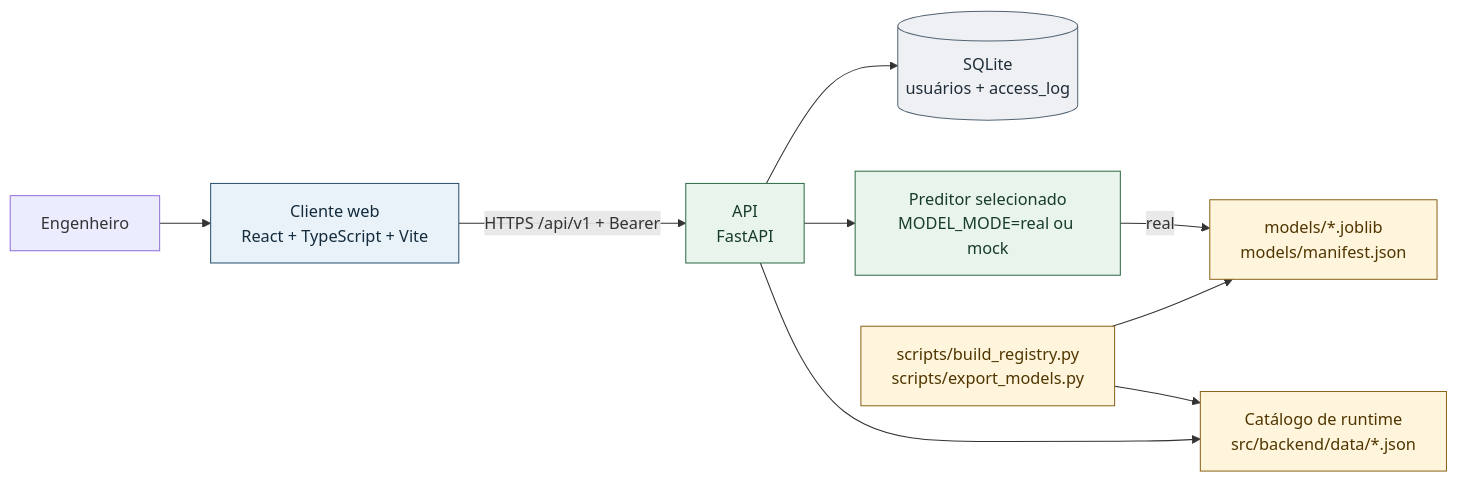
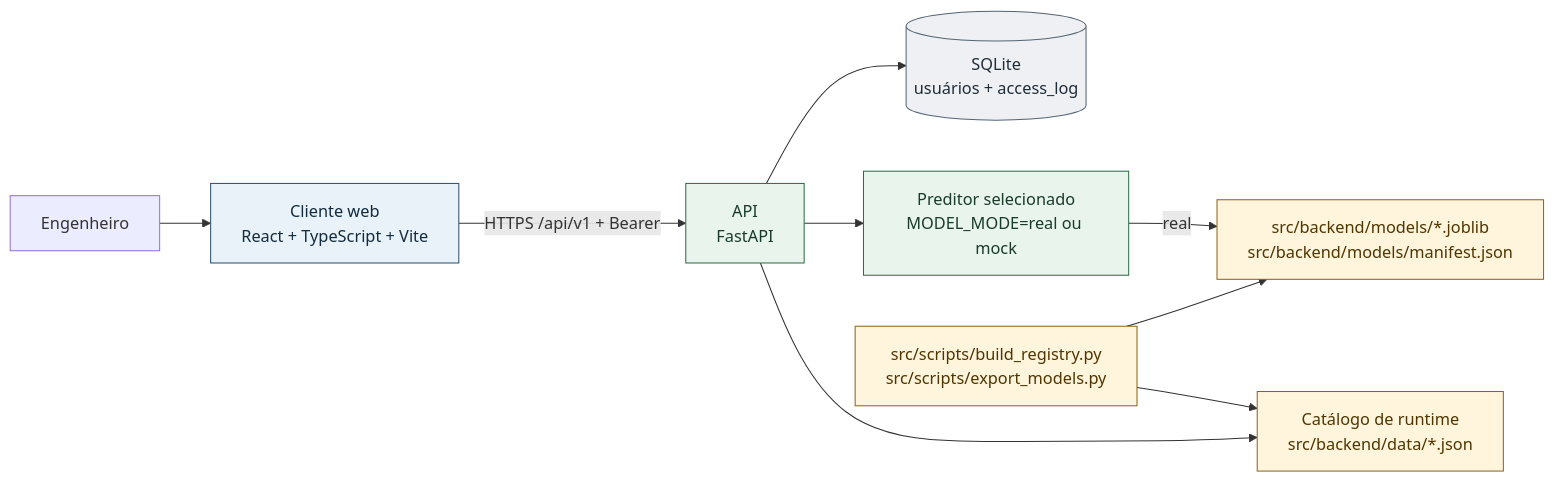
Before and after one commit to nicolas-carrascossa/whirlpool-thermal-predictor: the first of 5 diagrams in documents/nova_arquitetura.md, drawn with Mermaid. The commit also changed other lines of this file and 40 other files, not shown here.

````diff
--- a/documents/nova_arquitetura.md
+++ b/documents/nova_arquitetura.md
@@ -20,20 +20,20 @@
 ```mermaid
 flowchart LR
     U["Engenheiro"] --> W["Cliente web\nReact + TypeScript + Vite"]
     W -->|"HTTPS /api/v1 + Bearer"| A["API\nFastAPI"]
     A --> C["Catálogo de runtime\nsrc/backend/data/*.json"]
     A --> P["Preditor selecionado\nMODEL_MODE=real ou mock"]
-    P -->|"real"| M["models/*.joblib\nmodels/manifest.json"]
+    P -->|"real"| M["src/backend/models/*.joblib\nsrc/backend/models/manifest.json"]
     A --> D[("SQLite\nusuários + access_log")]
-    S["scripts/build_registry.py\nscripts/export_models.py"] --> C
+    S["src/scripts/build_registry.py\nsrc/scripts/export_models.py"] --> C
     S --> M
 
     classDef client fill:#e8f2f8,stroke:#28506e,color:#142b3d;
     classDef service fill:#e9f4ed,stroke:#2e6b46,color:#173c28;
     classDef artifact fill:#fff4dc,stroke:#8b641b,color:#4f3600;
     classDef db fill:#eef0f3,stroke:#536474,color:#1f2d38;
     class W client;
     class A,P service;
     class C,M,S artifact;
     class D db;
 ```
````
